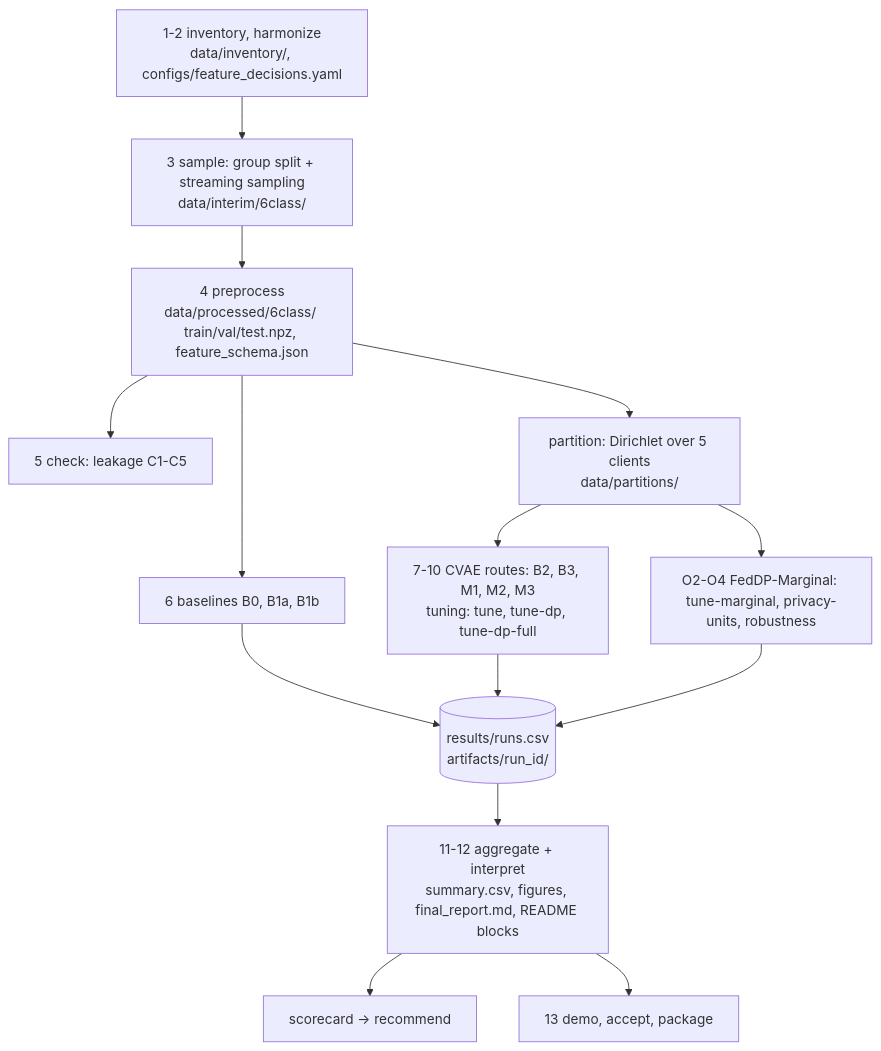
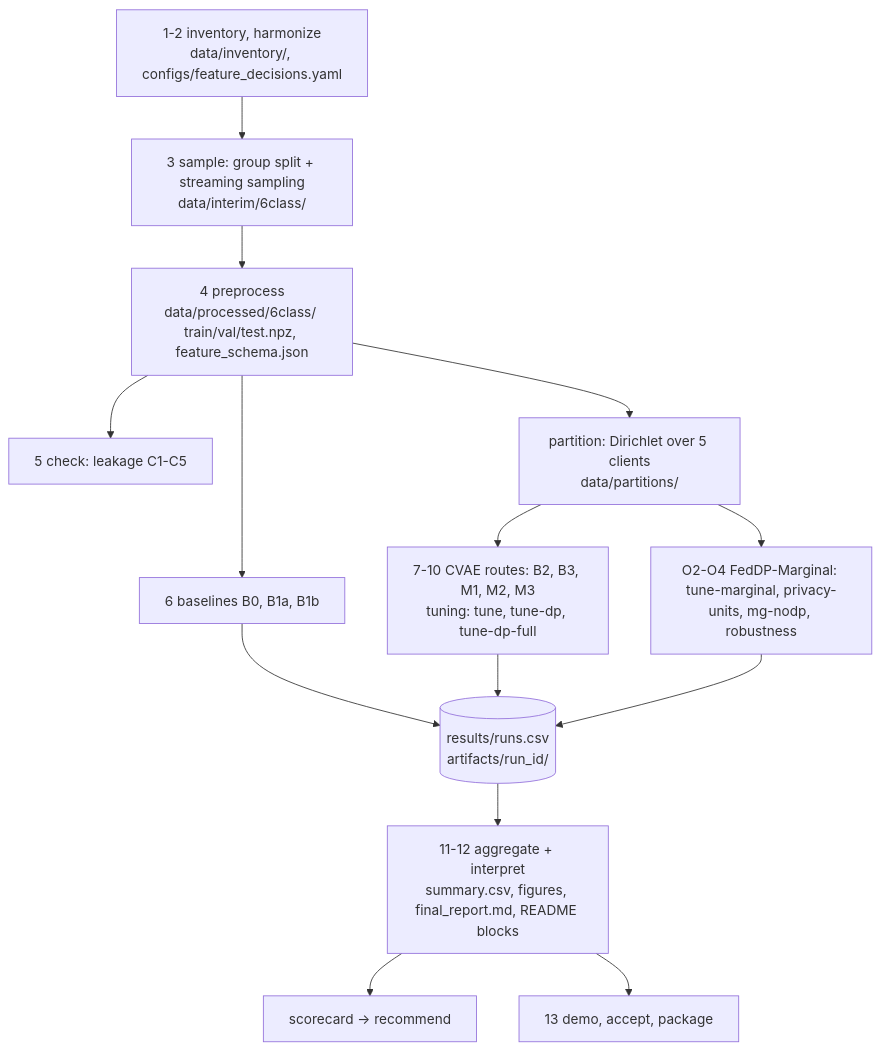
One commit to Khanh1916/PP-FedData changed the third of 4 diagrams in docs/ARCHITECTURE.md. Above: the diagram before and after it, drawn with Mermaid. The commit also changed other lines of this file and 33 other files, not shown here.

First line of the commit message:
Round Q1: FedDP-Marginal without DP, through SecAgg+ and in plain Flower rounds

````diff
--- a/docs/ARCHITECTURE.md
+++ b/docs/ARCHITECTURE.md
@@ -79,14 +79,14 @@
 ```mermaid
 flowchart TB
   A["1-2 inventory, harmonize<br/>data/inventory/, configs/feature_decisions.yaml"] --> B["3 sample: group split + streaming sampling<br/>data/interim/6class/"]
   B --> C["4 preprocess<br/>data/processed/6class/ train/val/test.npz, feature_schema.json"]
   C --> D["5 check: leakage C1-C5"]
   C --> E["6 baselines B0, B1a, B1b"]
   C --> P["partition: Dirichlet over 5 clients<br/>data/partitions/"]
   P --> F["7-10 CVAE routes: B2, B3, M1, M2, M3<br/>tuning: tune, tune-dp, tune-dp-full"]
-  P --> G["O2-O4 FedDP-Marginal: tune-marginal, privacy-units, robustness"]
+  P --> G["O2-O4 FedDP-Marginal: tune-marginal, privacy-units, mg-nodp, robustness"]
   E & F & G --> L[("results/runs.csv<br/>artifacts/run_id/")]
   L --> H["11-12 aggregate + interpret<br/>summary.csv, figures, final_report.md, README blocks"]
   H --> I["scorecard -> recommend"]
   H --> J["13 demo, accept, package"]
 ```
````
